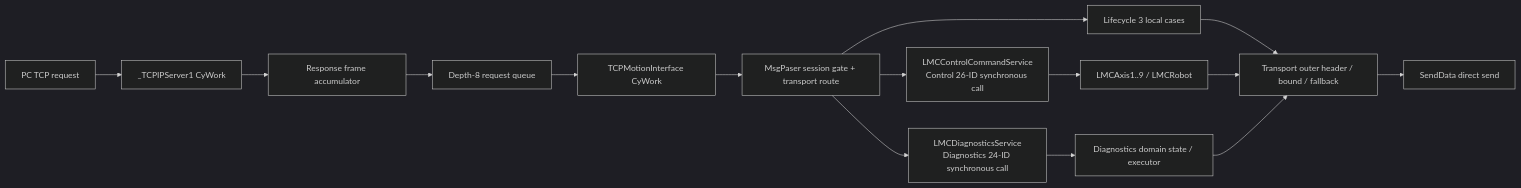
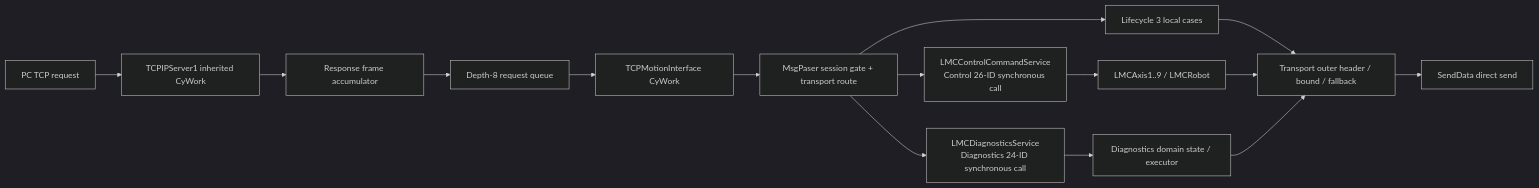
One commit to dreiven61/Elmo_Master changed the diagram in LMC_Library/LMC_API_Delivery/docs/LASAL_CYWORK_ONLY_TCP_EXECUTION_DESIGN_2026-07-13.md. Above: the diagram before and after it, drawn with Mermaid (dark theme). The commit also changed other lines of this file and 36 other files, not shown here.

Commit message:
docs(architecture): update implementation and validation status

````diff
--- a/LMC_Library/LMC_API_Delivery/docs/LASAL_CYWORK_ONLY_TCP_EXECUTION_DESIGN_2026-07-13.md
+++ b/LMC_Library/LMC_API_Delivery/docs/LASAL_CYWORK_ONLY_TCP_EXECUTION_DESIGN_2026-07-13.md
@@ -61,17 +63,17 @@
 ```mermaid
 flowchart LR
-    A["PC TCP request"] --> B["_TCPIPServer1 CyWork"]
+    A["PC TCP request"] --> B["TCPIPServer1 inherited CyWork"]
     B --> C["Response frame accumulator"]
     C --> D["Depth-8 request queue"]
     D --> E["TCPMotionInterface CyWork"]
     E --> F["MsgPaser session gate + transport route"]
     F --> L["Lifecycle 3 local cases"]
     F --> CTRL["LMCControlCommandService\nControl 26-ID synchronous call"]
     F --> DIAG["LMCDiagnosticsService\nDiagnostics 24-ID synchronous call"]
     CTRL --> G["LMCAxis1..9 / LMCRobot"]
     DIAG --> X["Diagnostics domain state / executor"]
     L --> H
     G --> H["Transport outer header / bound / fallback"]
     X --> H
     H --> I["SendData direct send"]
 ```
````
